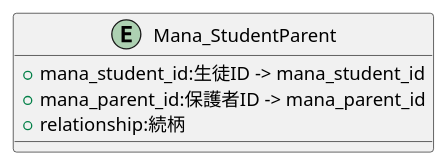
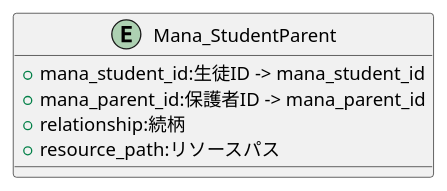
One commit to popoposorara/ERP_ER changed the diagram in Entity/Mana_StudentParent.pu. Above: the diagram before and after it, drawn with PlantUML. The commit also changed 32 other files, not shown here.

```diff
--- a/Entity/Mana_StudentParent.pu
+++ b/Entity/Mana_StudentParent.pu
@@ -1,9 +1,10 @@
 @startuml
 
 entity "Mana_StudentParent" {
     + mana_student_id:生徒ID -> mana_student_id
     + mana_parent_id:保護者ID -> mana_parent_id
     + relationship:続柄
+    + resource_path:リソースパス
 }
 
 @enduml
```
